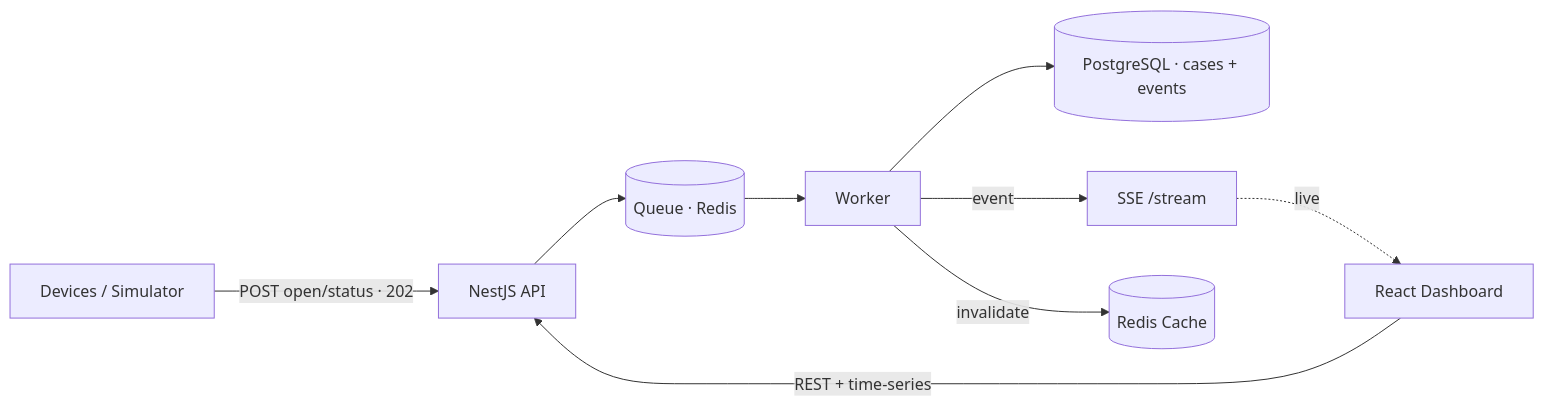
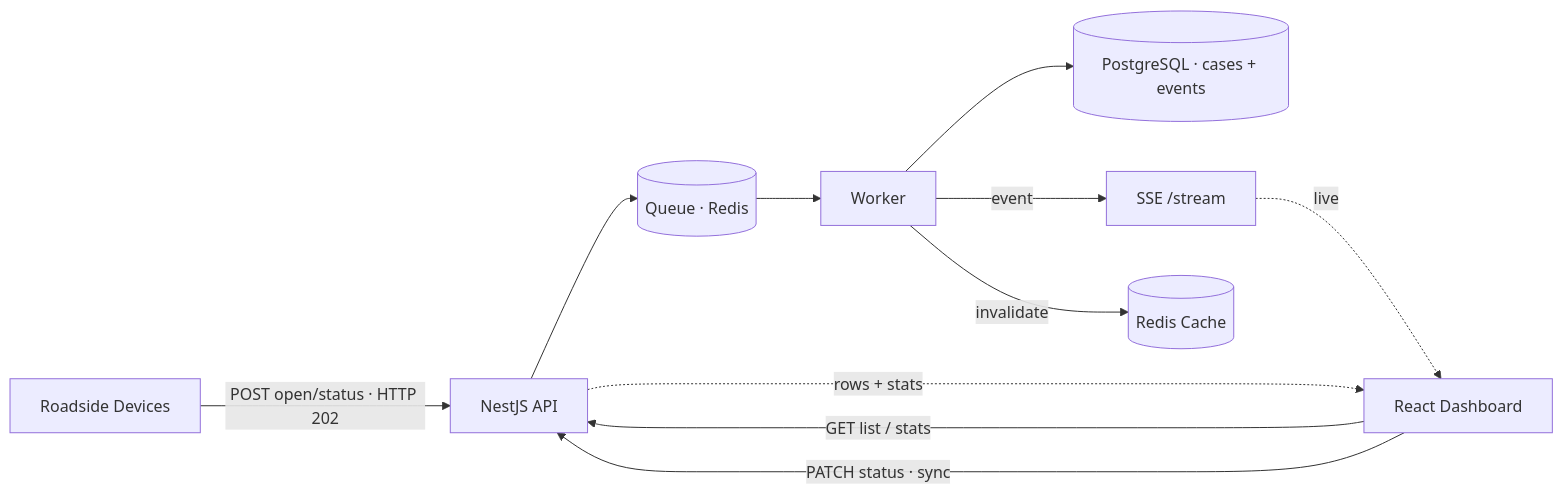
One commit to ihsan-96/sentinal-scientechnic changed the diagram in README.md. Above: the diagram before and after it, drawn with Mermaid. The commit also changed other lines of this file and 30 other files, not shown here.

````diff
--- a/README.md
+++ b/README.md
@@ -13,8 +74,10 @@
 ```mermaid
 flowchart LR
-    DEV[Devices / Simulator] -->|POST open/status · 202| API[NestJS API]
+    DEV[Roadside Devices] -->|POST open/status · HTTP 202| API[NestJS API]
     API --> Q[(Queue · Redis)] --> WK[Worker] --> DB[(PostgreSQL · cases + events)]
     WK -->|event| SSE[SSE /stream] -.live.-> UI[React Dashboard]
     WK -->|invalidate| RC[(Redis Cache)]
-    UI -->|REST + time-series| API
+    UI -->|GET list / stats| API
+    API -.rows + stats.-> UI
+    UI -->|PATCH status · sync| API
 ```
````
